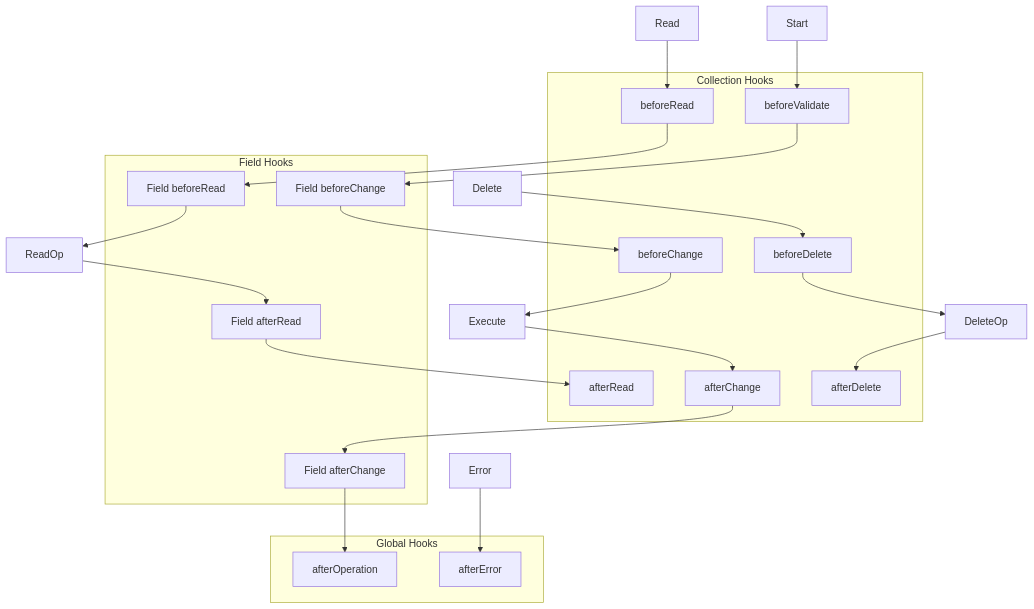
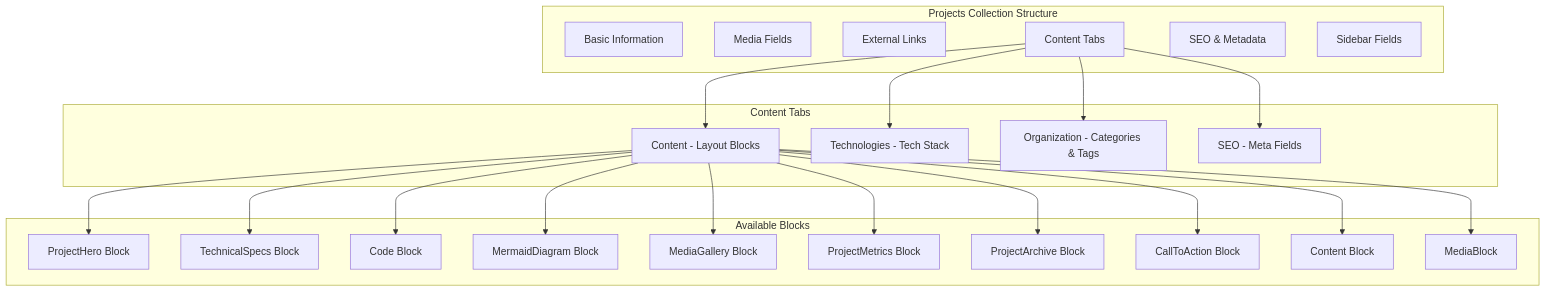
One commit to surya-madhav/portfolio-blog-2025 changed the fourth of 14 diagrams in docs/backend-database-architecture.md. Above: the diagram before and after it, drawn with Mermaid. The commit also changed other lines of this file and 33 other files, not shown here.

````diff
--- a/docs/backend-database-architecture.md
+++ b/docs/backend-database-architecture.md
@@ -469,44 +334,47 @@
 ```mermaid
 graph TD
-    subgraph "Collection Hooks"
-        BC[beforeChange]
-        BV[beforeValidate]
-        AC[afterChange]
-        BR[beforeRead]
-        AR[afterRead]
-        BD[beforeDelete]
-        AD[afterDelete]
+    subgraph "Projects Collection Structure"
+        Basic[Basic Information]
+        Media[Media Fields]
+        Links[External Links]
+        Content[Content Tabs]
+        Meta[SEO & Metadata]
+        Sidebar[Sidebar Fields]
     end
     
-    subgraph "Field Hooks"
-        FBC[Field beforeChange]
-        FAC[Field afterChange]
-        FBR[Field beforeRead]
-        FAR[Field afterRead]
+    subgraph "Content Tabs"
+        ContentTab[Content - Layout Blocks]
+        TechTab[Technologies - Tech Stack]
+        OrgTab[Organization - Categories & Tags]
+        SEOTab[SEO - Meta Fields]
     end
     
-    subgraph "Global Hooks"
-        AO[afterOperation]
-        AE[afterError]
+    subgraph "Available Blocks"
+        ProjectHero[ProjectHero Block]
+        TechnicalSpecs[TechnicalSpecs Block]
+        Code[Code Block]
+        Mermaid[MermaidDiagram Block]
+        Gallery[MediaGallery Block]
+        Metrics[ProjectMetrics Block]
+        Archive[ProjectArchive Block]
+        CTA[CallToAction Block]
+        ContentBlock[Content Block]
+        MediaBlock[MediaBlock]
     end
     
-    Start --> BV
-    BV --> FBC
-    FBC --> BC
-    BC --> Execute
-    Execute --> AC
-    AC --> FAC
-    FAC --> AO
+    Content --> ContentTab
+    Content --> TechTab
+    Content --> OrgTab
+    Content --> SEOTab
     
-    Read --> BR
-    BR --> FBR
-    FBR --> ReadOp
-    ReadOp --> FAR
-    FAR --> AR
-    
-    Delete --> BD
-    BD --> DeleteOp
-    DeleteOp --> AD
-    
-    Error --> AE
+    ContentTab --> ProjectHero
+    ContentTab --> TechnicalSpecs
+    ContentTab --> Code
+    ContentTab --> Mermaid
+    ContentTab --> Gallery
+    ContentTab --> Metrics
+    ContentTab --> Archive
+    ContentTab --> CTA
+    ContentTab --> ContentBlock
+    ContentTab --> MediaBlock
 ```
````
